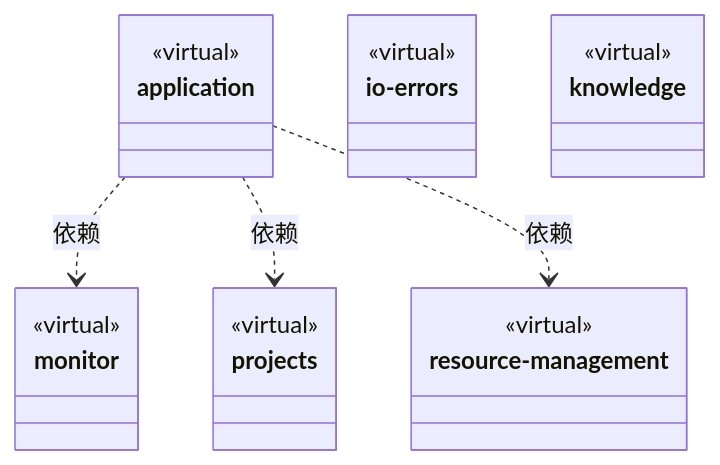
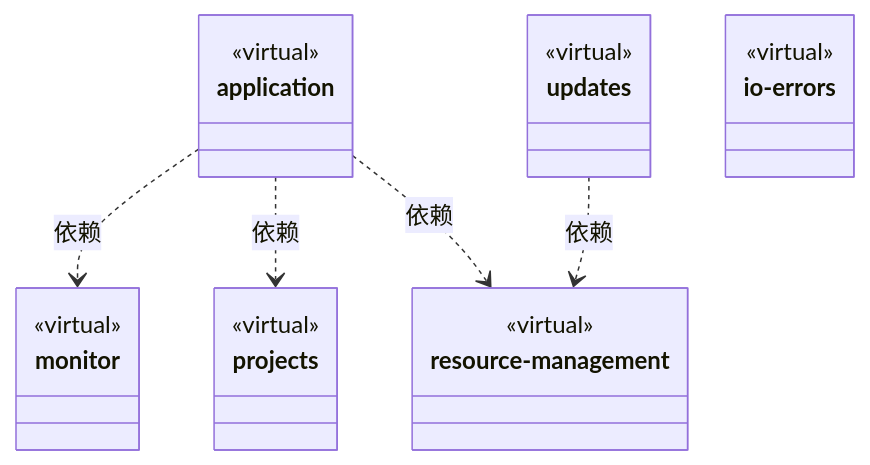
One commit to nan023062/cbim changed the third of 4 diagrams in src/logic/ARCHITECTURE.md. Above: the diagram before and after it, drawn with Mermaid. The commit also changed 80 other files, not shown here.

````diff
--- a/src/logic/ARCHITECTURE.md
+++ b/src/logic/ARCHITECTURE.md
@@ -91,30 +91,31 @@
 ```mermaid
 classDiagram
 class N_90eda1f2990a["application"] {
   <<virtual>>
 }
 click N_90eda1f2990a href "application/ARCHITECTURE.md"
 class N_68f384d07928["monitor"] {
   <<virtual>>
 }
 click N_68f384d07928 href "monitor/ARCHITECTURE.md"
 class N_fb8f32c3f2e2["projects"] {
   <<virtual>>
 }
 click N_fb8f32c3f2e2 href "projects/ARCHITECTURE.md"
 class N_7792f25b3f44["resource-management"] {
   <<virtual>>
 }
 click N_7792f25b3f44 href "resource-management/ARCHITECTURE.md"
+class N_1a718763f256["updates"] {
+  <<virtual>>
+}
+click N_1a718763f256 href "updates/ARCHITECTURE.md"
 class N_5aaa8e9daf01["io-errors"] {
   <<virtual>>
 }
 click N_5aaa8e9daf01 href "io-errors/ARCHITECTURE.md"
-class N_6648e4abd154["knowledge"] {
-  <<virtual>>
-}
-click N_6648e4abd154 href "knowledge/ARCHITECTURE.md"
 N_90eda1f2990a ..> N_68f384d07928 : 依赖
 N_90eda1f2990a ..> N_fb8f32c3f2e2 : 依赖
 N_90eda1f2990a ..> N_7792f25b3f44 : 依赖
+N_1a718763f256 ..> N_7792f25b3f44 : 依赖
 ```
````
